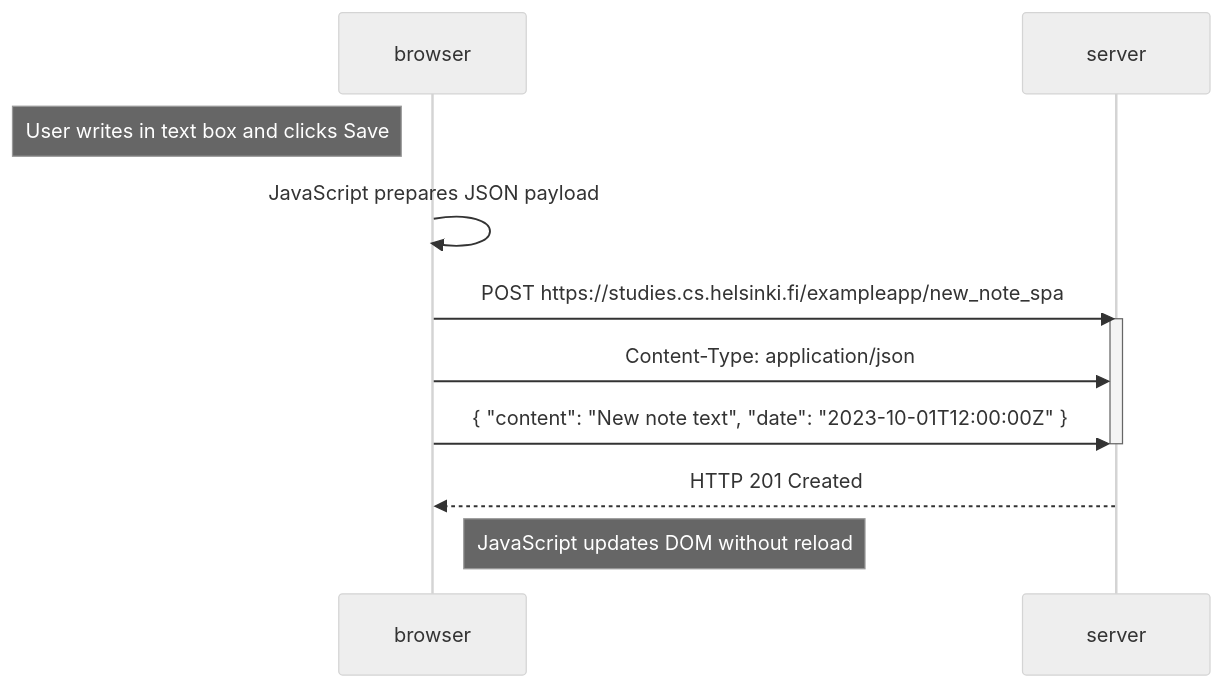
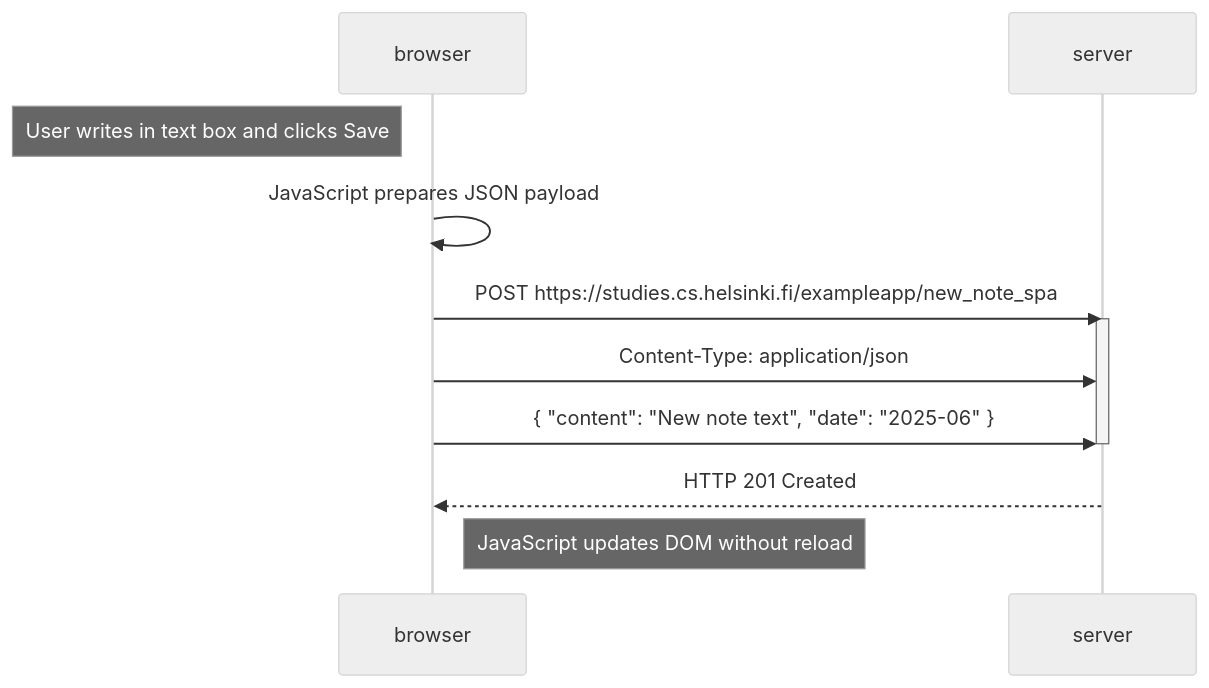
One commit to lpi-tech/fullstackopen-part0 changed the diagram in part0/0.6-spa-new-note.md. Above: the diagram before and after it, drawn with Mermaid (neutral theme).

````diff
--- a/part0/0.6-spa-new-note.md
+++ b/part0/0.6-spa-new-note.md
@@ -1,16 +1,16 @@
 ```mermaid
 sequenceDiagram
     participant browser
     participant server
 
     Note left of browser: User writes in text box and clicks Save
     browser->>browser: JavaScript prepares JSON payload
     browser->>server: POST https://studies.cs.helsinki.fi/exampleapp/new_note_spa 
     activate server
     browser->>server: Content-Type: application/json
-    browser->>server: { "content": "New note text", "date": "2023-10-01T12:00:00Z" }
+    browser->>server: { "content": "New note text", "date": "2025-06" }
     deactivate server
 
     server-->>browser: HTTP 201 Created
     Note right of browser: JavaScript updates DOM without reload
 ```
````
